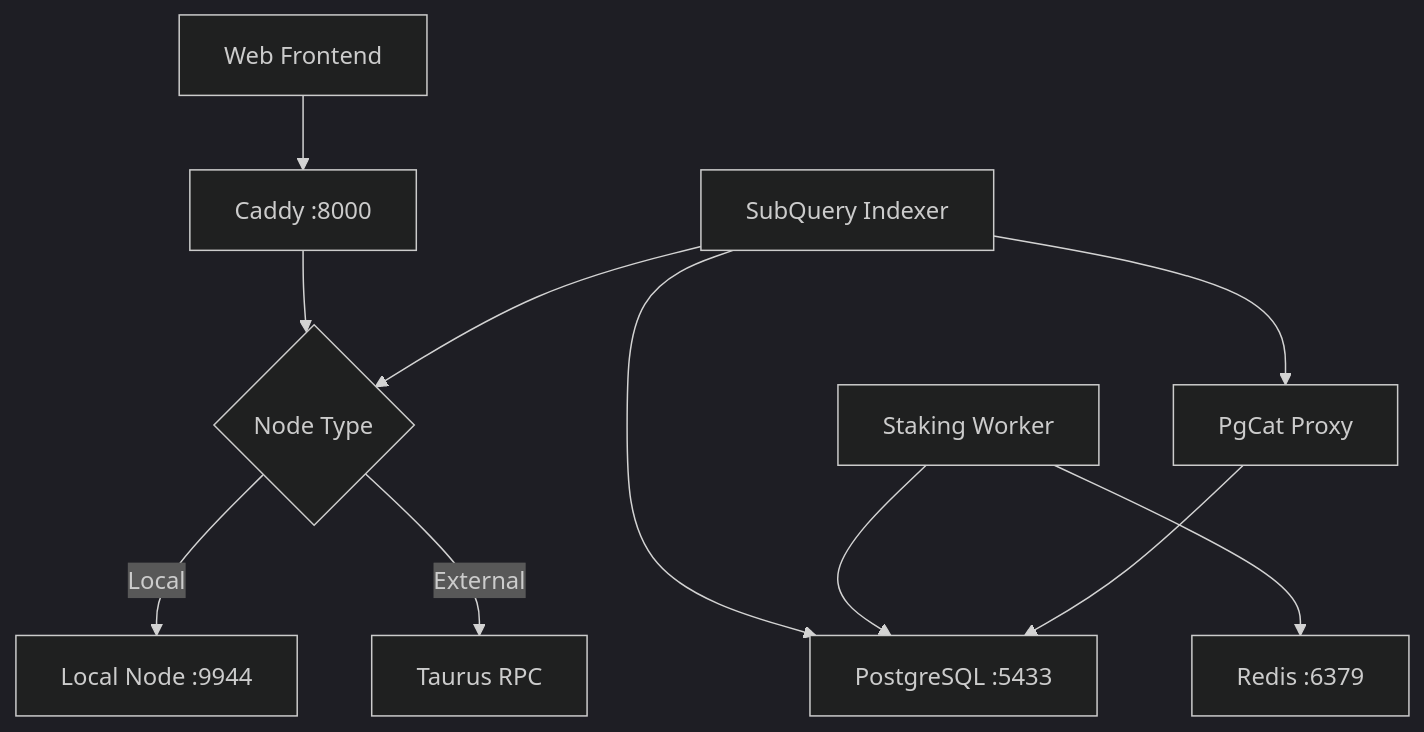
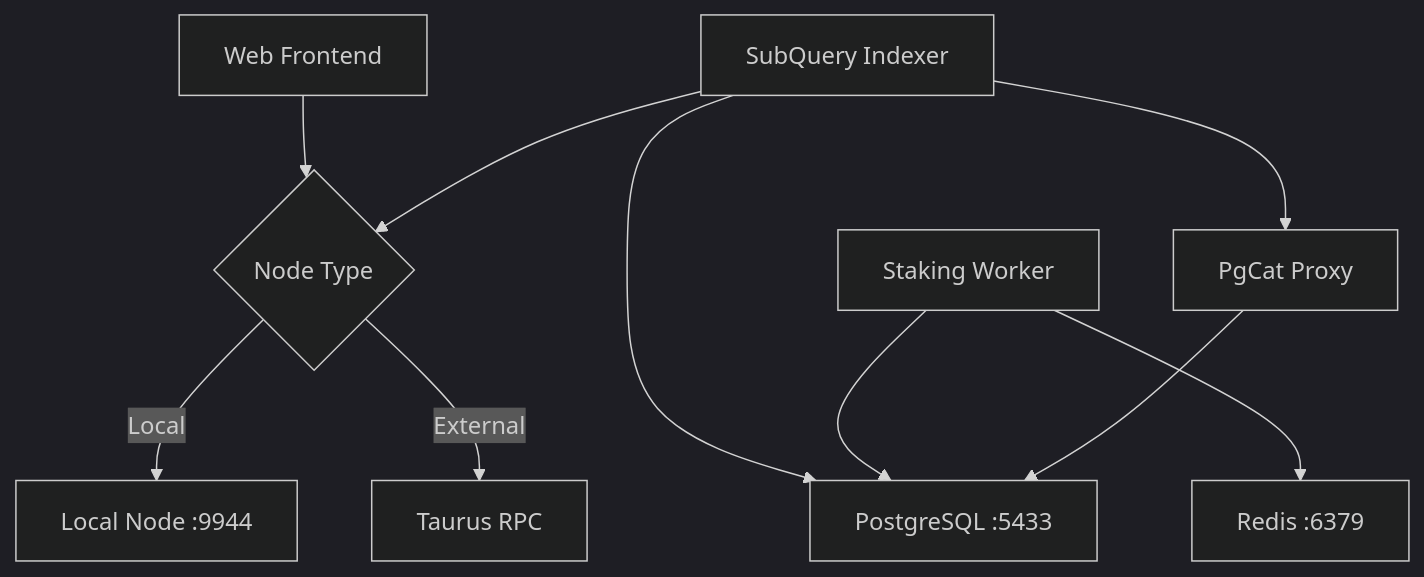
One commit to autonomys/auto-portal changed the diagram in infra/staking/README.md. Above: the diagram before and after it, drawn with Mermaid (dark theme). The commit also changed other lines of this file and 12 other files, not shown here.

````diff
--- a/infra/staking/README.md
+++ b/infra/staking/README.md
@@ -57,15 +54,14 @@
 ```mermaid
 graph TD
-    A[Web Frontend] --> B[Caddy :8000]
-    B --> C{Node Type}
+    A[Web Frontend] --> C{Node Type}
     C -->|Local| D[Local Node :9944]
     C -->|External| E[Taurus RPC]
 
     F[SubQuery Indexer] --> G[PostgreSQL :5433]
     F --> C
     H[Staking Worker] --> I[Redis :6379]
     H --> G
 
     J[PgCat Proxy] --> G
     F --> J
 ```
````
